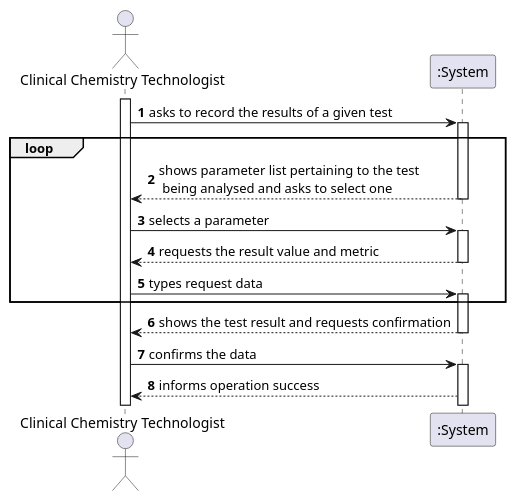
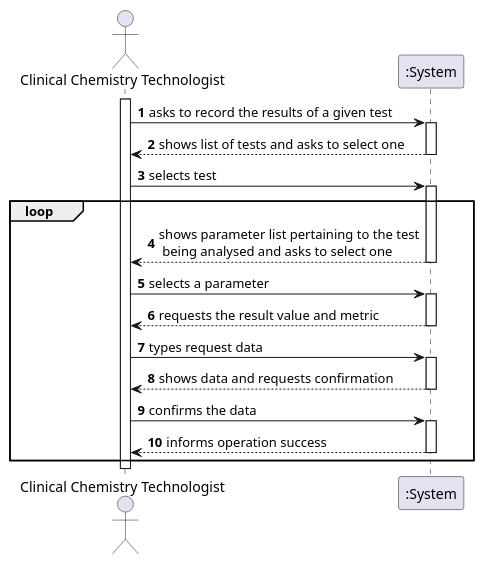
The diagram in docs/SprintC/US12_ResultsOfTest/SSD.puml (Pedromaia26/LAPR2-ISEP), drawn with PlantUML before and after one commit. The commit also changed 5 other files, not shown here.

```diff
--- a/docs/SprintC/US12_ResultsOfTest/SSD.puml
+++ b/docs/SprintC/US12_ResultsOfTest/SSD.puml
@@ -1,34 +1,39 @@
 @startuml
 'https://plantuml.com/sequence-diagram
 
 autonumber
 
 actor "Clinical Chemistry Technologist" as CCT
 participant ":System" as S
 activate CCT
 
 CCT -> S: asks to record the results of a given test
+activate S
+S --> CCT: shows list of tests and asks to select one
+deactivate S
+CCT -> S: selects test
 activate S
 loop
 S --> CCT: shows parameter list pertaining to the test\n being analysed and asks to select one
 deactivate S
 
 CCT -> S: selects a parameter
 activate S
 S --> CCT: requests the result value and metric
 deactivate S
 
 CCT -> S: types request data
 activate S
-end
 
-S --> CCT: shows the test result and requests confirmation
+
+S --> CCT: shows data and requests confirmation
 deactivate S
 
 CCT -> S: confirms the data
 activate S
 S --> CCT: informs operation success
-
+deactivate S
+end
 
 
 @enduml
```
